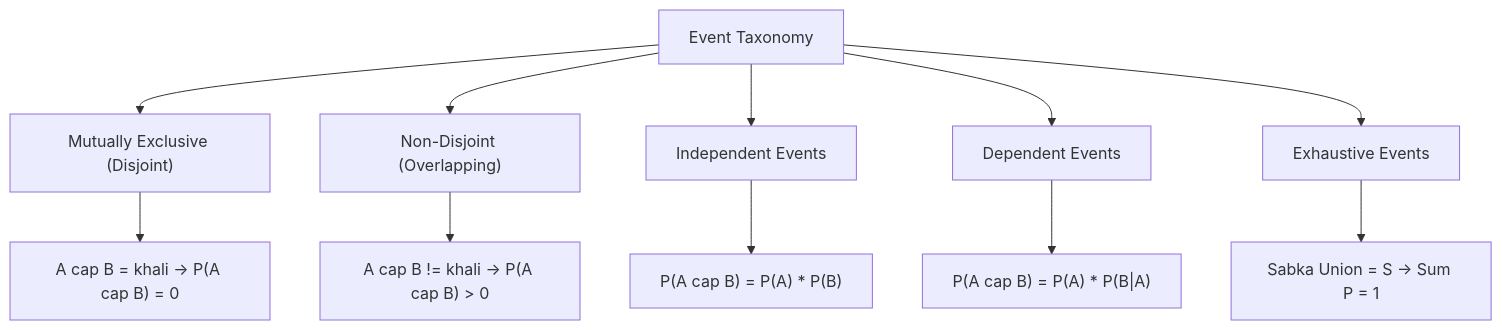
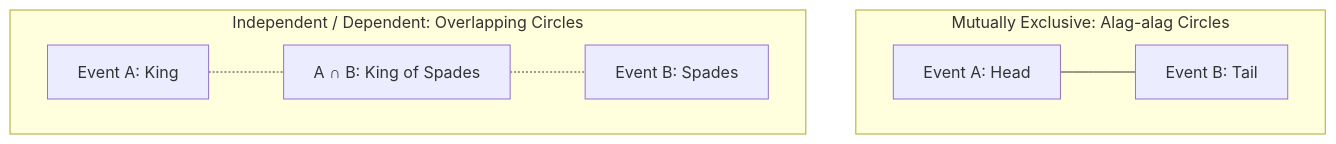
Before and after one commit to S1h2i3v4a/AI_ML: the diagram in lecture_20/Notes_20.05/README_HINGLISH.md, drawn with Mermaid. The commit also changed other lines of this file and 203 other files, not shown here.

Commit message:
docs(lectures 19-21): align notes with video lectures, add blackboard diagrams, clean structured functions, and compile vector PDFs

````diff
--- a/lecture_20/Notes_20.05/README_HINGLISH.md
+++ b/lecture_20/Notes_20.05/README_HINGLISH.md
@@ -15,13 +43,9 @@
 ```mermaid
 flowchart TD
-    A["Event Taxonomy"] --> B["Mutually Exclusive (Disjoint)"]
-    A --> C["Non-Disjoint (Overlapping)"]
-    A --> D["Independent Events"]
-    A --> E["Dependent Events"]
-    A --> F["Exhaustive Events"]
-    B --> G["A cap B = khali -> P(A cap B) = 0"]
-    C --> H["A cap B != khali -> P(A cap B) > 0"]
-    D --> I["P(A cap B) = P(A) * P(B)"]
-    E --> J["P(A cap B) = P(A) * P(B|A)"]
-    F --> K["Sabka Union = S -> Sum P = 1"]
+    subgraph Disjoint["Mutually Exclusive: Alag-alag Circles"]
+        A1["Event A: Head"] --- B1["Event B: Tail"]
+    end
+    subgraph Overlapping["Independent / Dependent: Overlapping Circles"]
+        A2["Event A: King"] -.- I["A ∩ B: King of Spades"] -.- B2["Event B: Spades"]
+    end
 ```
````
